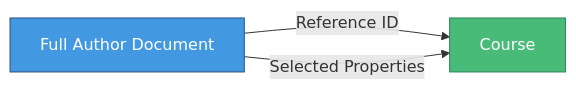
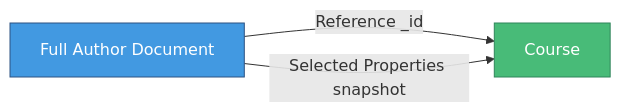
One commit to VIVES-Zuid/node changed the diagram in 09-Mongoose-Modeling/03-hybrid-approach.md. Above: the diagram before and after it, drawn with Mermaid. The commit also changed other lines of this file and 24 other files, not shown here.

````diff
--- a/09-Mongoose-Modeling/03-hybrid-approach.md
+++ b/09-Mongoose-Modeling/03-hybrid-approach.md
@@ -13,7 +15,7 @@
 ```mermaid
 graph LR
-    A[Full Author Document] -->|Reference ID| B[Course]
-    A -->|Selected Properties| B
+    A[Full Author Document] -->|Reference _id| B[Course]
+    A -->|Selected Properties snapshot| B
     style A fill:#4299e1,stroke:#2c5282,color:#fff
     style B fill:#48bb78,stroke:#2f855a,color:#fff
 ```
````
